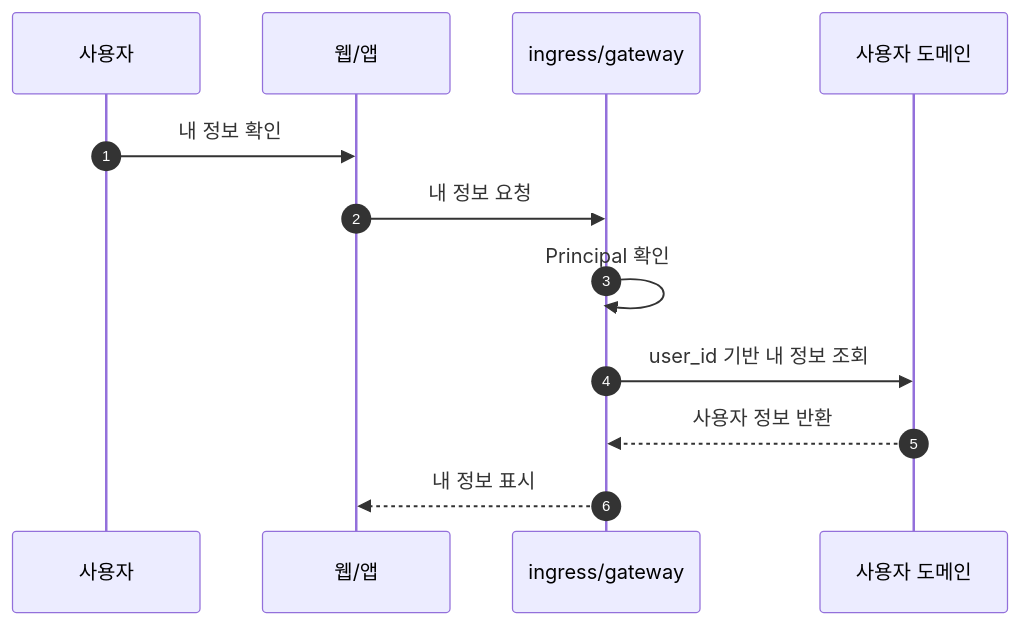
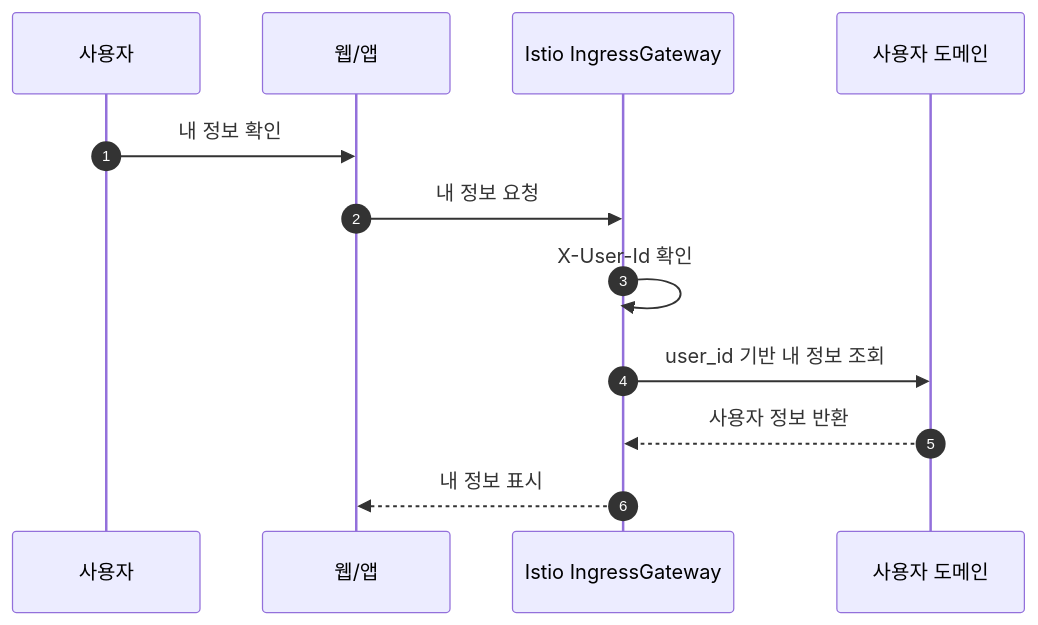
One commit to Medikong/archive changed the ninth of 15 diagrams in features/auth-user/01-scenarios.md. Above: the diagram before and after it, drawn with Mermaid. The commit also changed other lines of this file and 5 other files, not shown here.

````diff
--- a/features/auth-user/01-scenarios.md
+++ b/features/auth-user/01-scenarios.md
@@ -442,15 +524,15 @@
 ```mermaid
 sequenceDiagram
     autonumber
     participant U as 사용자
     participant FE as 웹/앱
-    participant GW as ingress/gateway
+    participant GW as Istio IngressGateway
     participant USER as 사용자 도메인
 
     U->>FE: 내 정보 확인
     FE->>GW: 내 정보 요청
-    GW->>GW: Principal 확인
+    GW->>GW: X-User-Id 확인
     GW->>USER: user_id 기반 내 정보 조회
     USER-->>GW: 사용자 정보 반환
     GW-->>FE: 내 정보 표시
 ```
````
